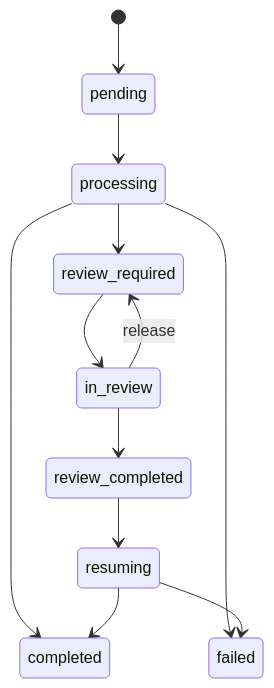
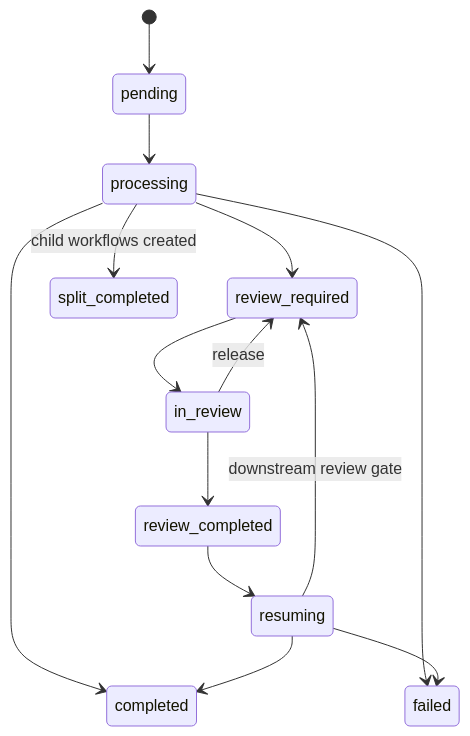
The third of 8 diagrams in docs/design_architecture.md (bpsong/pdfdoc_extraction), drawn with Mermaid before and after one commit. The commit also changed other lines of this file and 3 other files, not shown here.

Commit message:
docs: refresh README and architecture guides

````diff
--- a/docs/design_architecture.md
+++ b/docs/design_architecture.md
@@ -491,14 +535,16 @@
 ```mermaid
 stateDiagram-v2
     [*] --> pending
     pending --> processing
     processing --> completed
     processing --> failed
     processing --> review_required
+    processing --> split_completed: child workflows created
     review_required --> in_review
     in_review --> review_required: release
     in_review --> review_completed
     review_completed --> resuming
     resuming --> completed
     resuming --> failed
+    resuming --> review_required: downstream review gate
 ```
````
